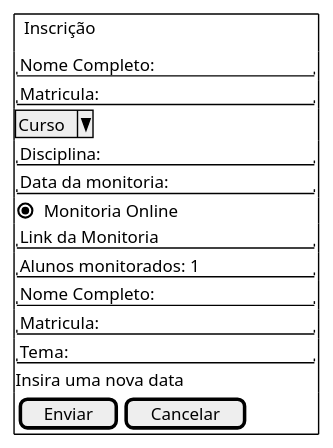
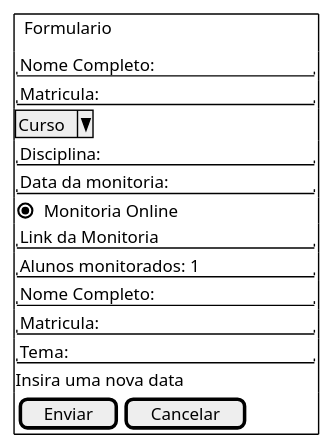
One commit to Projetos-de-Extensao/PBE_25.2_8004_Pioneiros changed the diagram in docs/Elaboracao/prototipo/formulario2.wsd. Above: the diagram before and after it, drawn with PlantUML.

```diff
--- a/docs/Elaboracao/prototipo/formulario2.wsd
+++ b/docs/Elaboracao/prototipo/formulario2.wsd
@@ -1,22 +1,22 @@
 @startsalt
 {+
-  {^"Inscrição"}
+  {^"Formulario"}
   "Nome Completo:            "
   "Matricula:                "
   ^Curso^
   "Disciplina:               "
   "Data da monitoria:        "
   (X)Monitoria Online
   "Link da Monitoria         "
   "Alunos monitorados: 1     "
   "Nome Completo:            "
   "Matricula:                "
   "Tema:                     "
 
    Insira uma nova data
 
   {
     [ Enviar ] | [ Cancelar ]
   }
 }
 @endsalt
```
